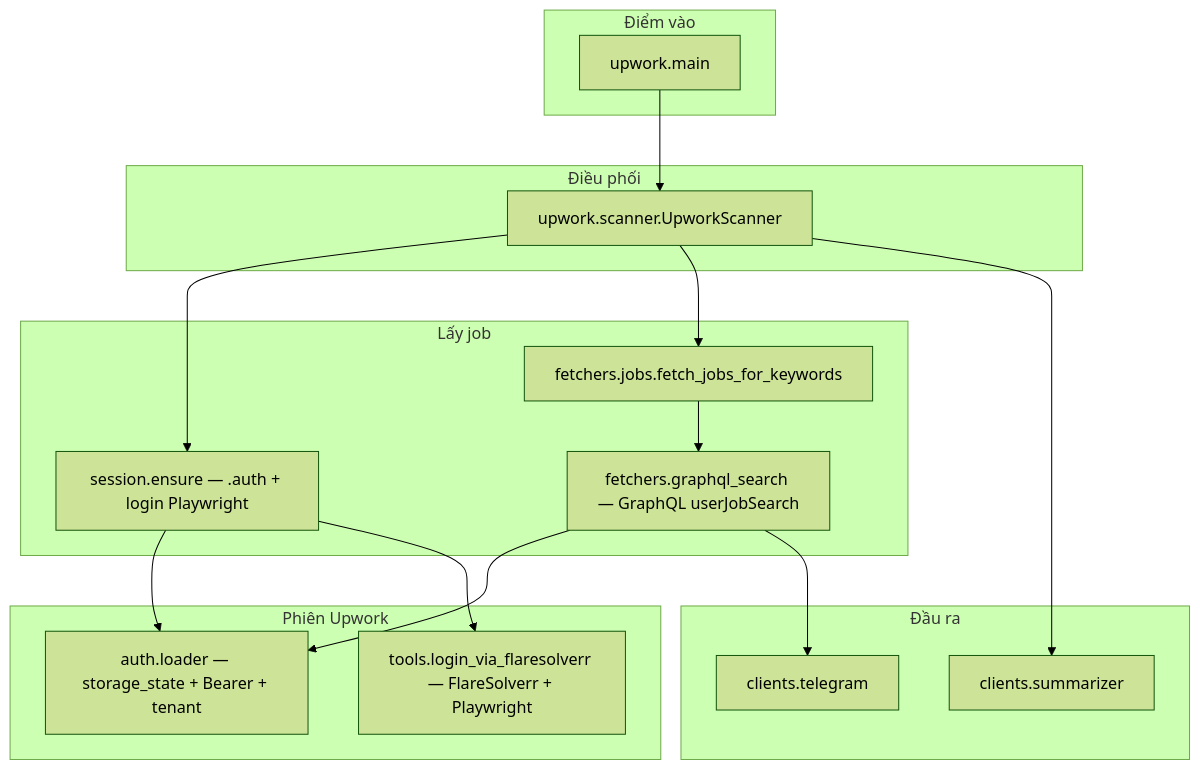
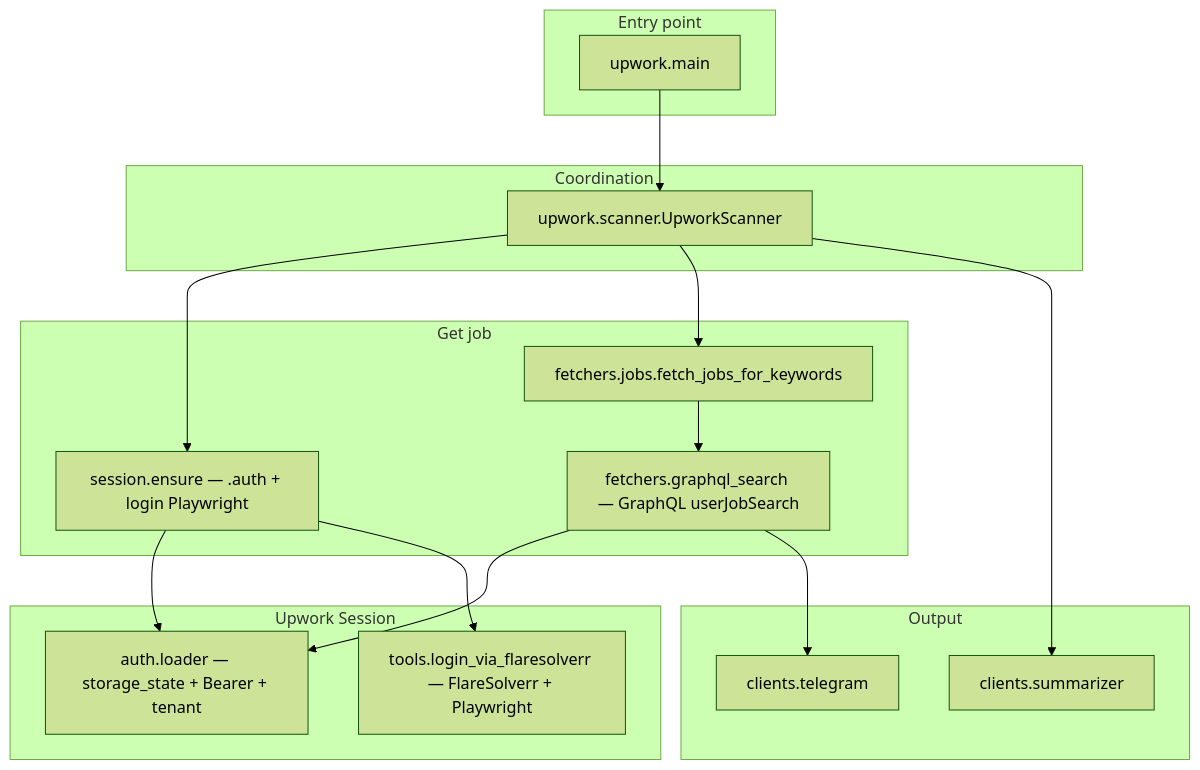
One commit to lokinhh/upwork_crawler changed the diagram in ARCHITECTURE.md. Above: the diagram before and after it, drawn with Mermaid (forest theme). The commit also changed other lines of this file and 6 other files, not shown here.

````diff
--- a/ARCHITECTURE.md
+++ b/ARCHITECTURE.md
@@ -5,31 +5,31 @@
 ```mermaid
 flowchart TB
-  subgraph entry [Điểm vào]
+  subgraph entry [Entry point]
     Main["upwork.main"]
   end
-  subgraph orch [Điều phối]
+  subgraph orch [Coordination]
     Scanner["upwork.scanner.UpworkScanner"]
   end
-  subgraph fetch [Lấy job]
+  subgraph fetch [Get job]
     Jobs["fetchers.jobs.fetch_jobs_for_keywords"]
     GQL["fetchers.graphql_search — GraphQL userJobSearch"]
     Session["session.ensure — .auth + login Playwright"]
   end
-  subgraph auth [Phiên Upwork]
+  subgraph auth [Upwork Session]
     Loader["auth.loader — storage_state + Bearer + tenant"]
     Login["tools.login_via_flaresolverr — FlareSolverr + Playwright"]
   end
-  subgraph out [Đầu ra]
+  subgraph out [Output]
     TG["clients.telegram"]
     Sum["clients.summarizer"]
   end
   Main --> Scanner
   Scanner --> Session
   Session --> Loader
   Session --> Login
   Scanner --> Jobs
   Jobs --> GQL
   GQL --> Loader
   GQL --> TG
   Scanner --> Sum
 ```
````
